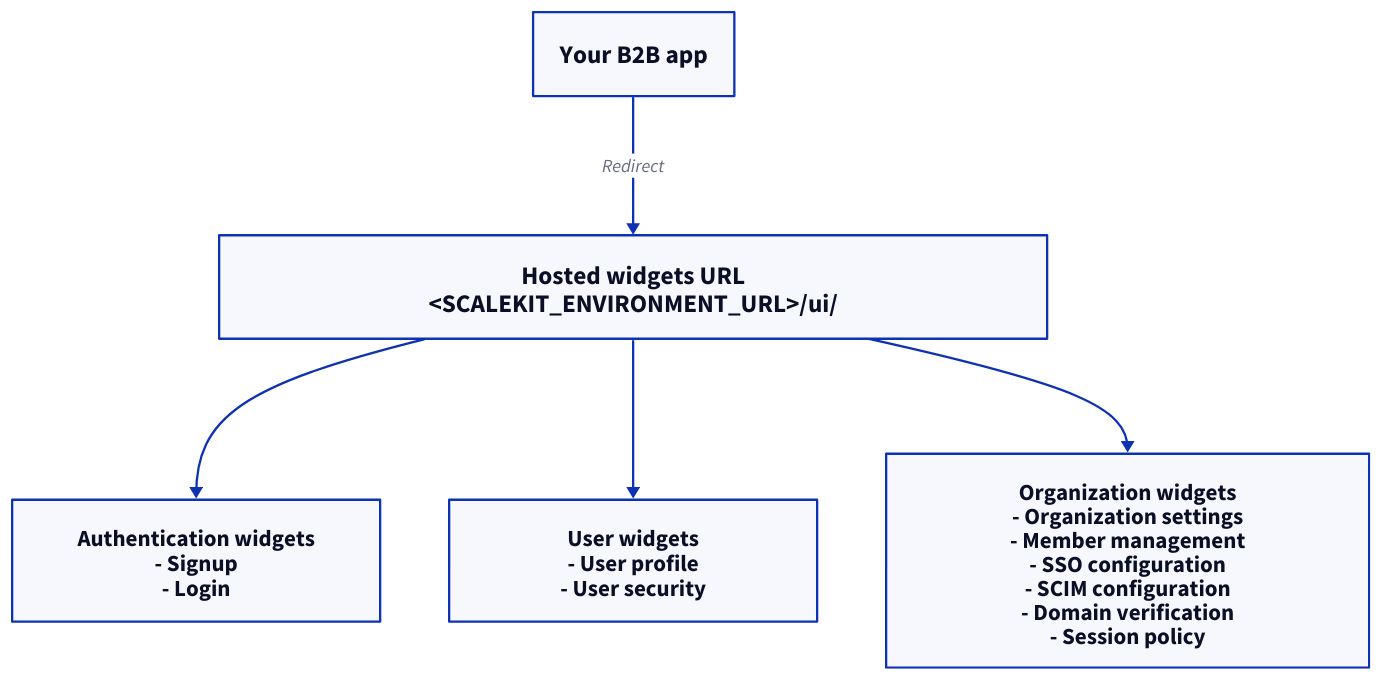
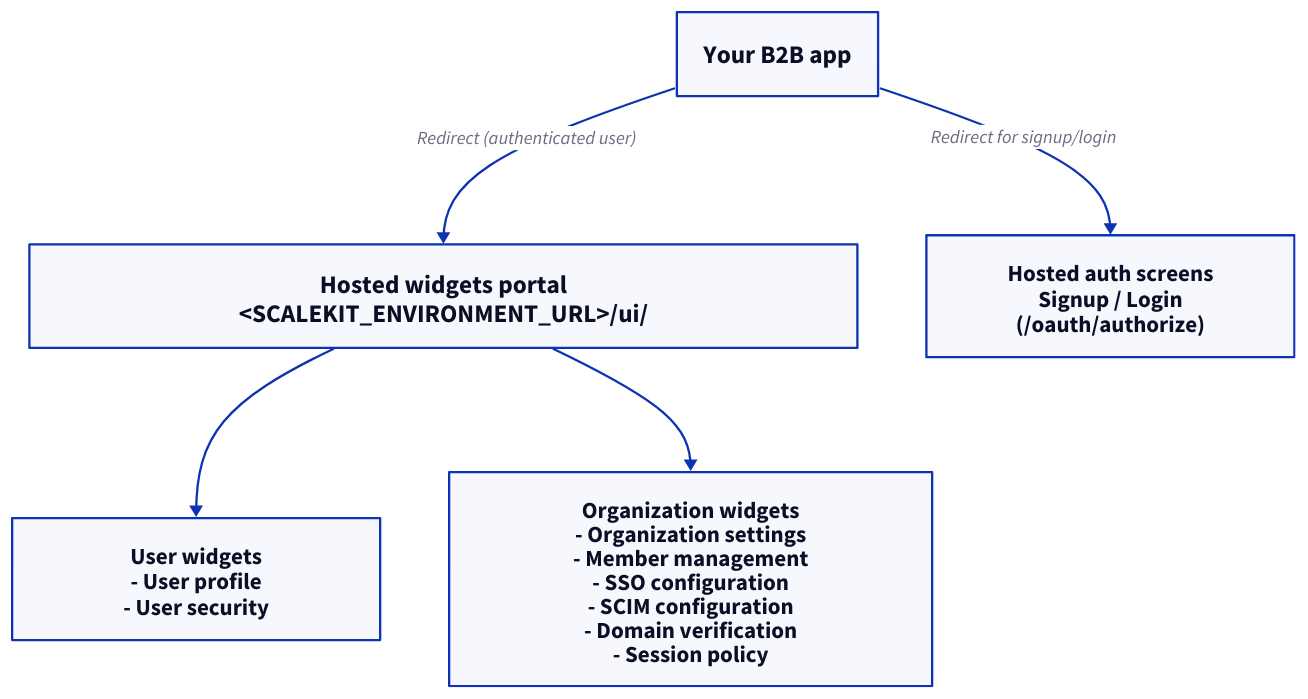
One commit to scalekit-inc/developer-docs changed the diagram in src/content/docs/authenticate/manage-users-orgs/hosted-widgets.mdx. Above: the diagram before and after it, drawn with D2. The commit also changed other lines of this file and 2 other files, not shown here.

First line of the commit message:
docs: clarify Hosted widgets as SaaSKit portal vs Admin portal (SK-972)

````diff
--- a/src/content/docs/authenticate/manage-users-orgs/hosted-widgets.mdx
+++ b/src/content/docs/authenticate/manage-users-orgs/hosted-widgets.mdx
@@ -23,32 +35,32 @@
 ```d2 pad=56 layout=elk
 direction: down
 
 your_app: "Your B2B app" {
   style.font-size: 22
 }
 
-hosted: "Hosted widgets URL\n<SCALEKIT_ENVIRONMENT_URL>/ui/" {
+hosted: "Hosted widgets portal\n<SCALEKIT_ENVIRONMENT_URL>/ui/" {
   style.font-size: 22
   width: 720
 }
 
-auth_widgets: "Authentication widgets\n- Signup\n- Login" {
+auth_widgets: "Hosted auth screens\nSignup / Login\n(/oauth/authorize)" {
   style.font-size: 20
   width: 320
 }
 
 user_widgets: "User widgets\n- User profile\n- User security" {
   style.font-size: 20
   width: 320
 }
 
 org_widgets: "Organization widgets\n- Organization settings\n- Member management\n- SSO configuration\n- SCIM configuration\n- Domain verification\n- Session policy" {
   style.font-size: 20
   width: 420
 }
 
-your_app -> hosted: "Redirect"
-hosted -> auth_widgets
+your_app -> hosted: "Redirect (authenticated user)"
 hosted -> user_widgets
 hosted -> org_widgets
+your_app -> auth_widgets: "Redirect for signup/login"
 ```
````
